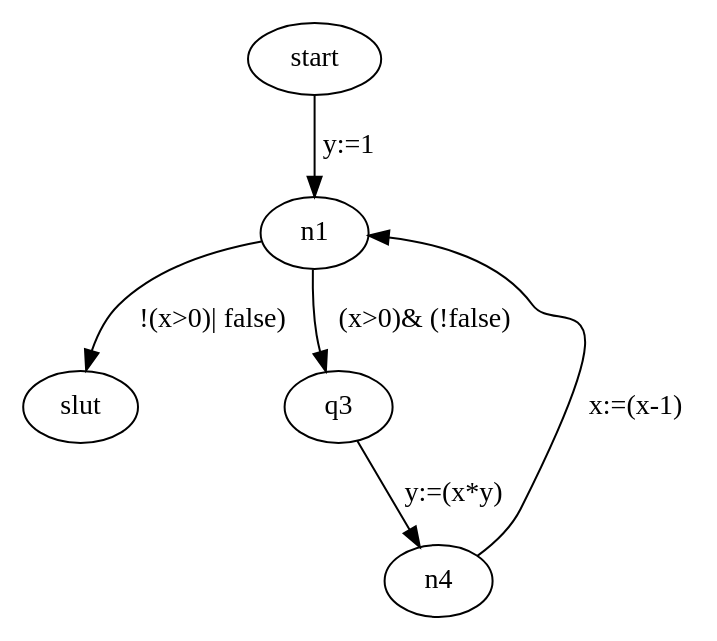
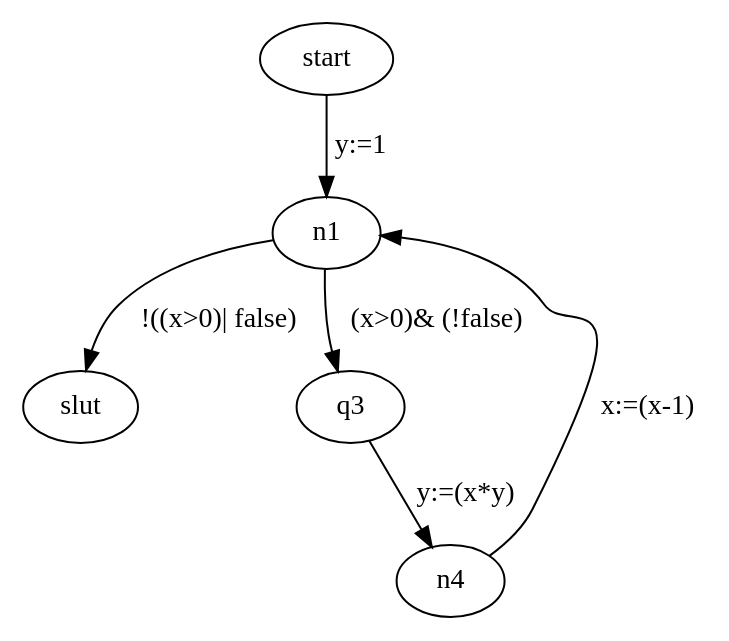
Before and after one commit to yconsj/mandatory: the diagram in Mandatory/Test.dot, drawn with Graphviz. The commit also changed 1 other file, not shown here.

```diff
--- a/Mandatory/Test.dot
+++ b/Mandatory/Test.dot
@@ -1,1 +1,1 @@
-digraph {start->n1[label= "y:=1"]n1->slut[label= "!(x>0)| false)"]n1->q3[label= "(x>0)& (!false)"]q3->n4[label= "y:=(x*y)"]n4->n1[label= "x:=(x-1)"]}
+digraph {start->n1[label= "y:=1"]n1->slut[label= "!((x>0)| false)"]n1->q3[label= "(x>0)& (!false)"]q3->n4[label= "y:=(x*y)"]n4->n1[label= "x:=(x-1)"]}
```
